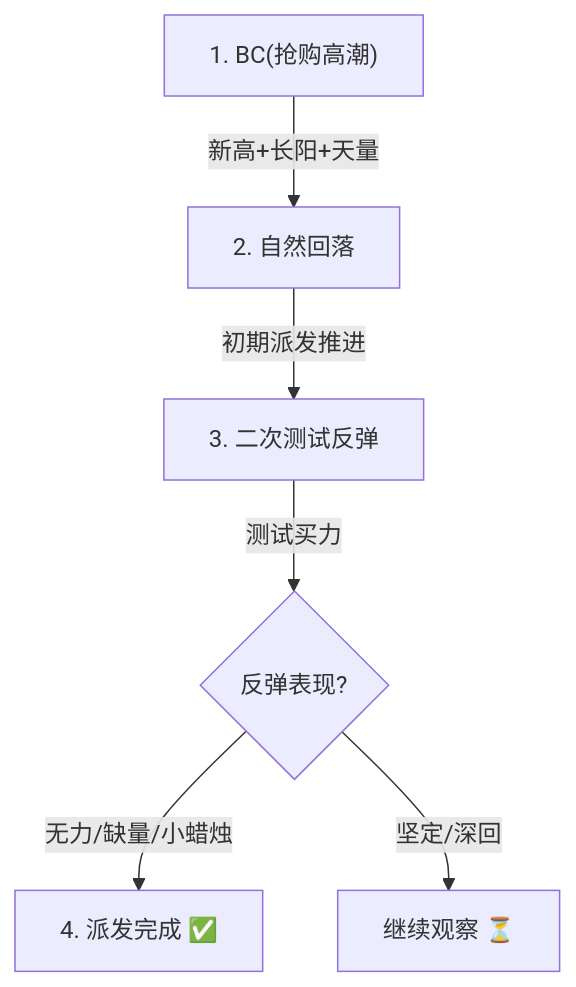
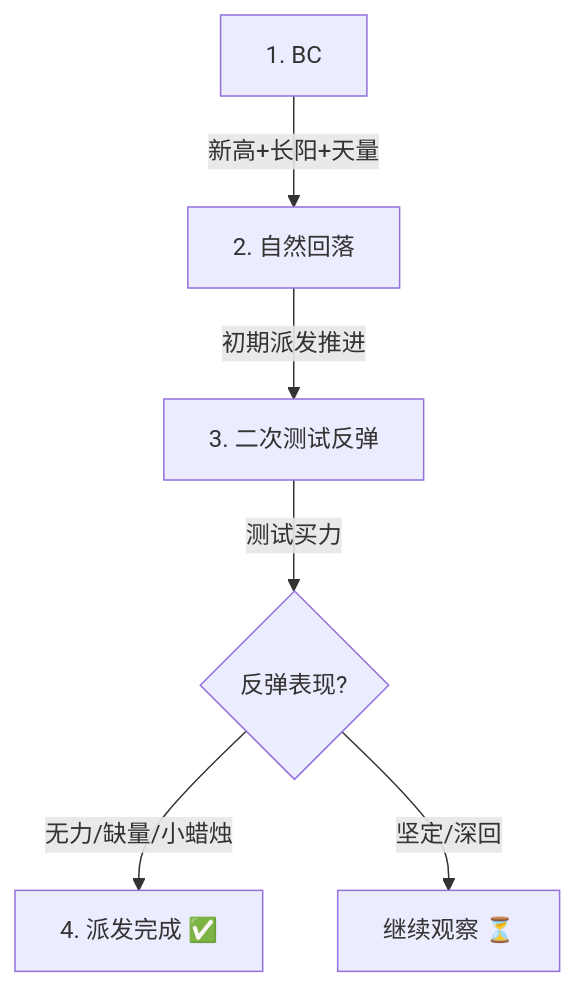
Before and after one commit to bigzhu/Wyckoff: the first of 2 diagrams in docs/第一章_聪明钱解读市场的工具/第六节_牛市中怎么看出供应进场了.md, drawn with Mermaid. The commit also changed other lines of this file and 10 other files, not shown here.

````diff
--- a/docs/第一章_聪明钱解读市场的工具/第六节_牛市中怎么看出供应进场了.md
+++ b/docs/第一章_聪明钱解读市场的工具/第六节_牛市中怎么看出供应进场了.md
@@ -66,8 +66,8 @@
 ```mermaid
 graph TD
-    S1["1. BC(抢购高潮)"] -->|新高+长阳+天量| S2[2. 自然回落]
+    S1["1. BC"] -->|新高+长阳+天量| S2[2. 自然回落]
     S2 -->|初期派发推进| S3[3. 二次测试反弹]
     S3 -->|测试买力| S4{反弹表现?}
     S4 -->|无力/缺量/小蜡烛| S5[4. 派发完成 ✅]
     S4 -->|坚定/深回| S6[继续观察 ⏳]
 ```
````
